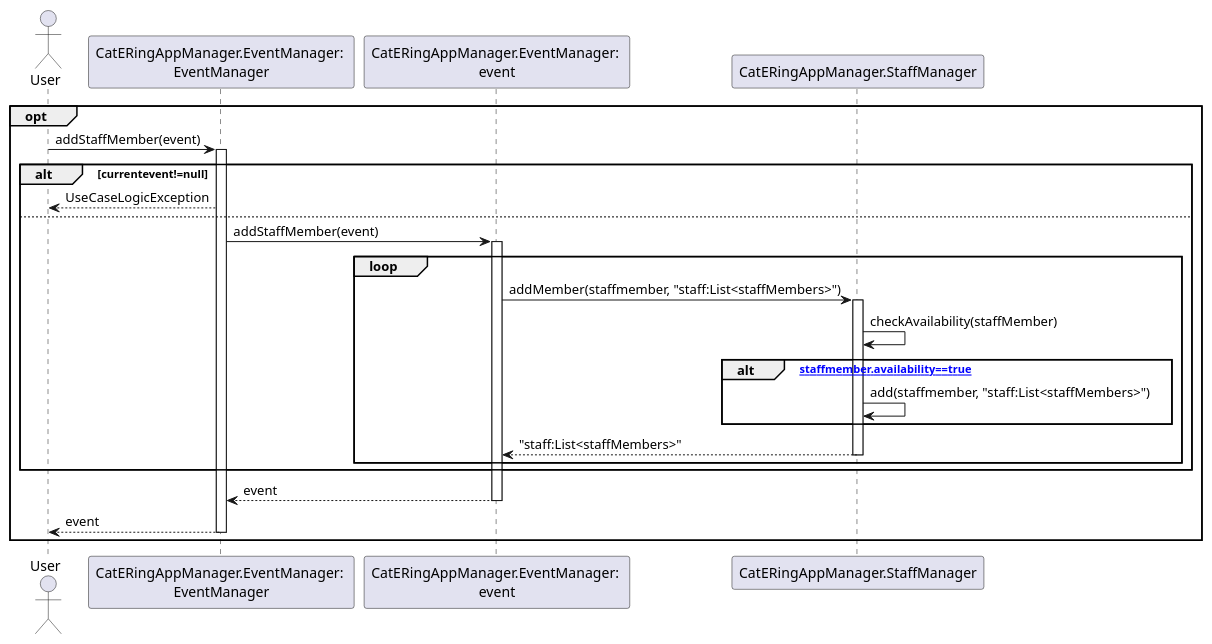
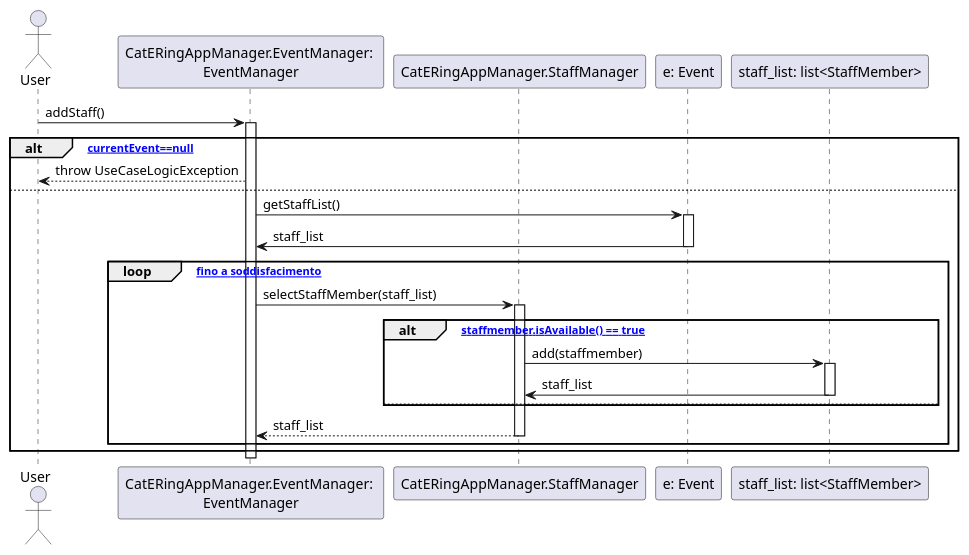
Before and after one commit to m0canu1/sas: the diagram in dsd/dsd-eventi/estensioniEcc/4a-addStaff.md, drawn with PlantUML. The commit also changed 6 other files, not shown here.

````diff
--- a/dsd/dsd-eventi/estensioniEcc/4a-addStaff.md
+++ b/dsd/dsd-eventi/estensioniEcc/4a-addStaff.md
@@ -1,40 +1,35 @@
 ```plantuml
 Actor User
 Participant "CatERingAppManager.EventManager: \nEventManager" as EM
-Participant "CatERingAppManager.EventManager: \nevent" as E
 Participant "CatERingAppManager.StaffManager" as SM
+Participant "e: Event" as E
 
-opt
-    User -> EM: addStaffMember(event)
-    Activate EM
+User -> EM: addStaff()
+Activate EM
+
+alt [currentEvent==null]
+    EM --> User: throw UseCaseLogicException
+else
+    EM -> E: getStaffList()
+    Activate E
+    E -> EM: staff_list
+    Deactivate E
     
-    alt currentevent!=null
-        EM --> User: UseCaseLogicException
-    else
-        EM -> E: addStaffMember(event)
-        Activate E
-        loop            
-            E -> SM: addMember(staffmember, "staff:List<staffMembers>")
-             Activate SM
-
-            SM -> SM: checkAvailability(staffMember)
-            alt ["staffmember.availability==true"]
-                 SM -> SM: add(staffmember, "staff:List<staffMembers>")                
-            end
-            SM --> E: "staff:List<staffMembers>"
-            Deactivate SM
+    loop ["fino a soddisfacimento"]
+        EM -> SM: selectStaffMember(staff_list)
+        Activate SM
+        
+        alt ["staffmember.isAvailable() == true"]
+            SM -> "staff_list: list<StaffMember>": add(staffmember)
+            Activate "staff_list: list<StaffMember>"
+            "staff_list: list<StaffMember>" -> SM: staff_list
+            Deactivate "staff_list: list<StaffMember>"
+        else 
         end
-
-
-    end
-
-    E --> EM: event
-    Deactivate E
-    EM --> User: event
-    Deactivate EM
+        SM --> EM: staff_list
+        Deactivate SM
+    end    
 end
-
-
-
+Deactivate EM
 
 ```
````
